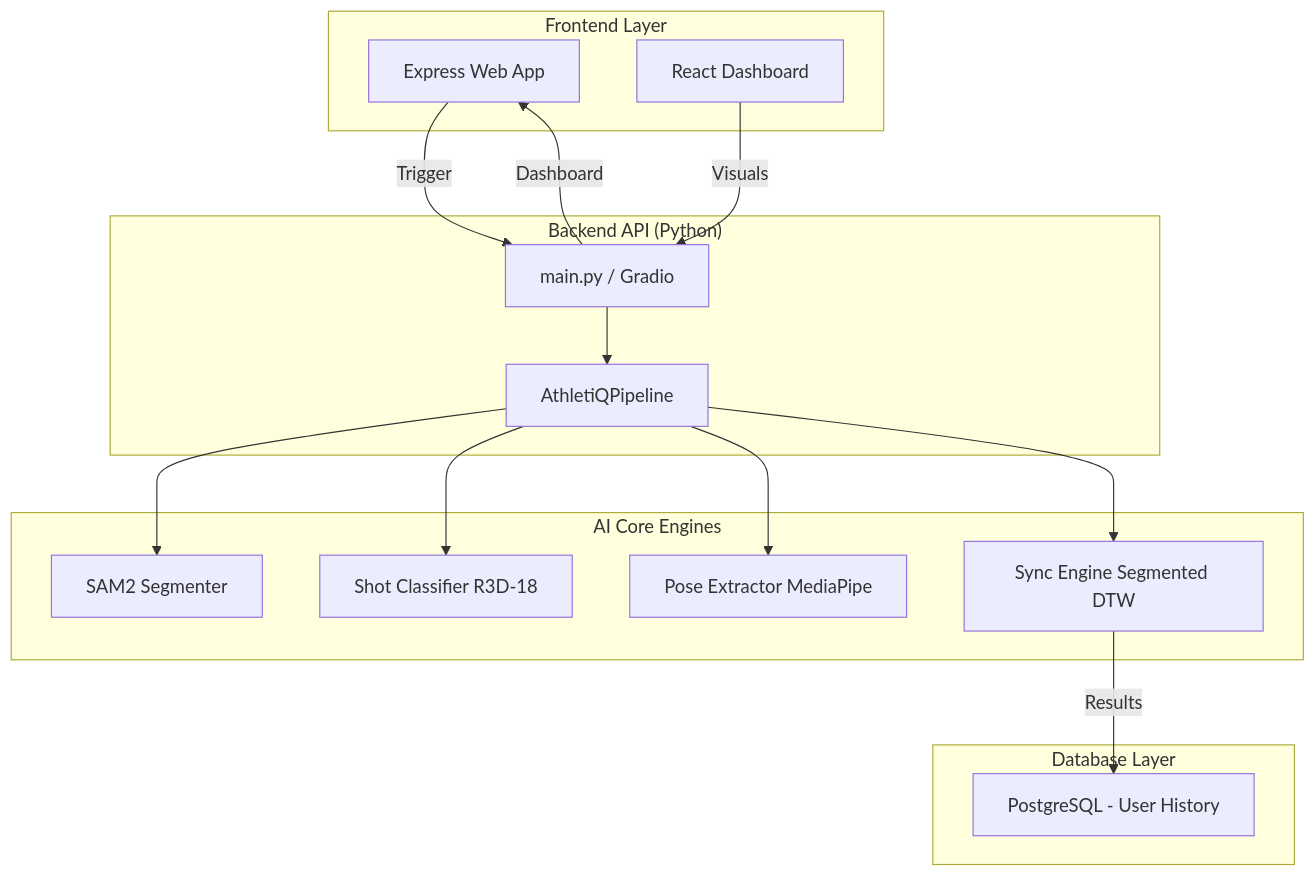
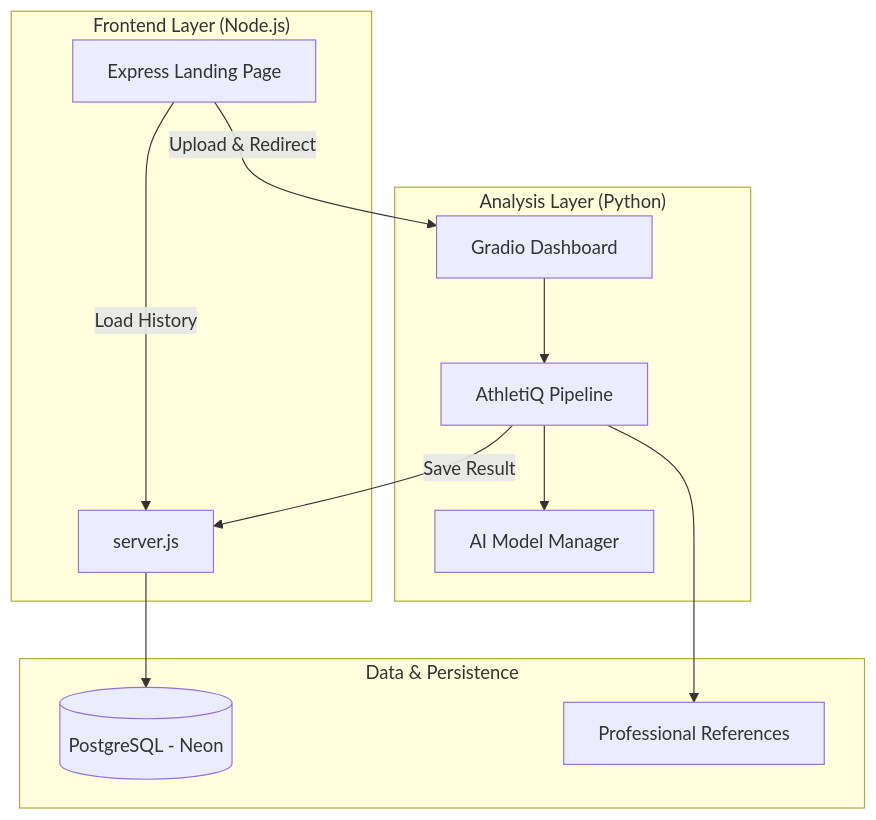
One commit to milansinghal2004/AthletiQ changed the first of 2 diagrams in README.md. Above: the diagram before and after it, drawn with Mermaid. The commit also changed other lines of this file, not shown here.

Commit message:
Docs: Comprehensive README update with system architecture and usage guides.

````diff
--- a/README.md
+++ b/README.md
@@ -42,33 +45,26 @@
 ```mermaid
 graph TD
-    subgraph "Frontend Layer"
-        FE_EXPRESS[Express Web App]
-        FE_REACT[React Dashboard]
+    subgraph "Frontend Layer (Node.js)"
+        FE[Express Landing Page]
+        DB_JS[server.js]
     end
 
-    subgraph "Backend API (Python)"
-        MAIN[main.py / Gradio]
-        PIPE[AthletiQPipeline]
+    subgraph "Analysis Layer (Python)"
+        GR[Gradio Dashboard]
+        PIPE[AthletiQ Pipeline]
+        AI[AI Model Manager]
     end
 
-    subgraph "AI Core Engines"
-        SAM2[SAM2 Segmenter]
-        SC[Shot Classifier R3D-18]
-        PE[Pose Extractor MediaPipe]
-        SE[Sync Engine Segmented DTW]
+    subgraph "Data & Persistence"
+        NEON[(PostgreSQL - Neon)]
+        REF[Professional References]
     end
 
-    subgraph "Database Layer"
-        PG[PostgreSQL - User History]
-    end
-
-    FE_EXPRESS -->|Trigger| MAIN
-    FE_REACT -->|Visuals| MAIN
-    MAIN --> PIPE
-    PIPE --> SAM2
-    PIPE --> SC
-    PIPE --> PE
-    PIPE --> SE
-    SE -->|Results| PG
-    MAIN -->|Dashboard| FE_EXPRESS
+    FE -->|Upload & Redirect| GR
+    GR --> PIPE
+    PIPE --> AI
+    PIPE --> REF
+    PIPE -->|Save Result| DB_JS
+    DB_JS --> NEON
+    FE -->|Load History| DB_JS
 ```
````
